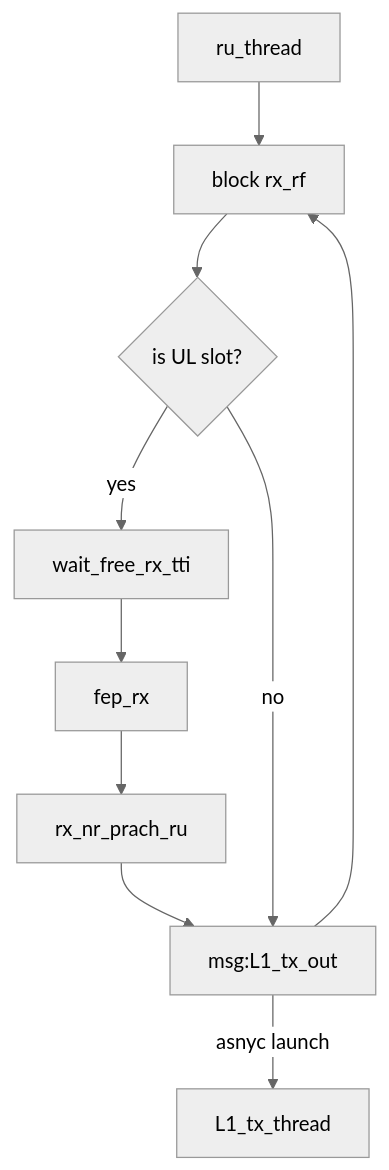
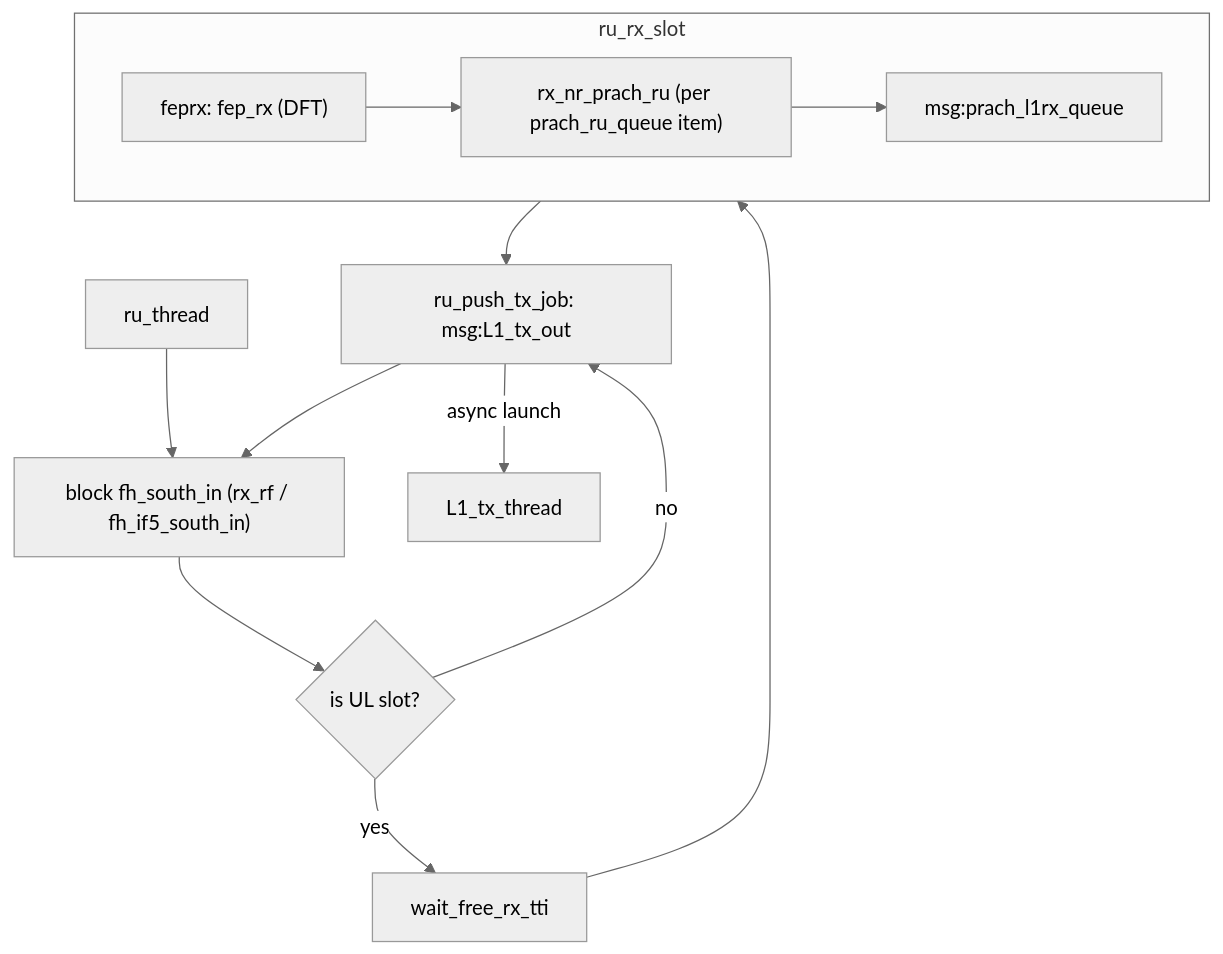
The second of 5 diagrams in doc/SW-archi-graph.md (duranta-project/openairinterface5g), drawn with Mermaid (neutral theme) before and after one commit. The commit also changed other lines of this file and 1 other file, not shown here.

First line of the commit message:
doc: describe the L1 and split 8/7.2 in SW architecture docs

````diff
--- a/doc/SW-archi-graph.md
+++ b/doc/SW-archi-graph.md
@@ -5,8 +57,12 @@
 ```mermaid
 flowchart TB
-    ru_thread --> RFin[block rx_rf] --> UL{is UL slot?}
-    UL -- yes --> wait_free_rx_tti --> fep_rx --> rx_nr_prach_ru --> msg:L1_tx_out
-    UL -- no  --> msg:L1_tx_out
-    msg:L1_tx_out -- asnyc launch --> L1_tx_thread
-    msg:L1_tx_out --> RFin
+    ru_thread --> RFin["block fh_south_in (rx_rf / fh_if5_south_in)"] --> UL{is UL slot?}
+    UL -- yes --> wait_free_rx_tti --> ru_rx_slot
+    UL -- no  --> ru_push_tx_job
+    subgraph ru_rx_slot
+        feprx["feprx: fep_rx (DFT)"] --> rx_nr_prach_ru["rx_nr_prach_ru (per prach_ru_queue item)"] --> msg:prach_l1rx_queue
+    end
+    ru_rx_slot --> ru_push_tx_job["ru_push_tx_job: msg:L1_tx_out"]
+    ru_push_tx_job -- async launch --> L1_tx_thread
+    ru_push_tx_job --> RFin
 ```
````
